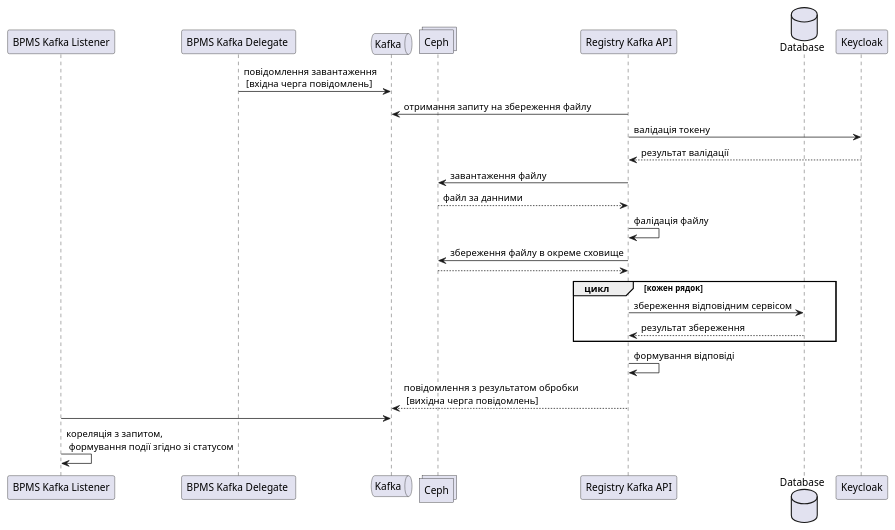
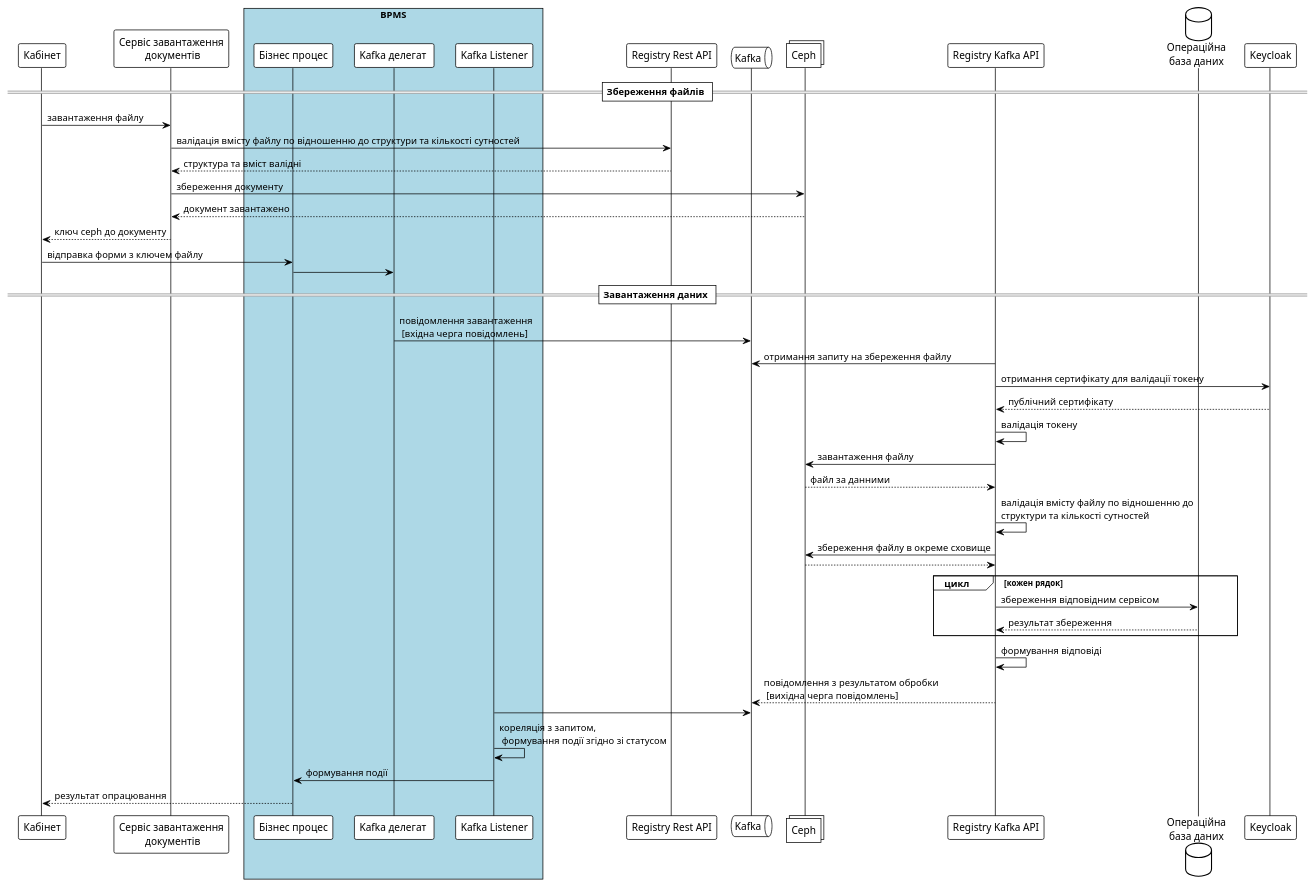
One commit to epam/edp-ddm-architecture changed the diagram in docs/ua/modules/arch/pages/architecture-workspace/platform-evolution/async/comunda-async.adoc. Above: the diagram before and after it, drawn with PlantUML. The commit also changed other lines of this file and 4 other files, not shown here.

```diff
--- a/docs/ua/modules/arch/pages/architecture-workspace/platform-evolution/async/comunda-async.adoc
+++ b/docs/ua/modules/arch/pages/architecture-workspace/platform-evolution/async/comunda-async.adoc
@@ -39,31 +41,49 @@
 [plantuml, req, svg]
 ----
-participant "BPMS Kafka Listener" as listener
-participant "BPMS Kafka Delegate " as delegate
+!theme plain
+participant "Кабінет" as portal
+participant "Сервіс завантаження\n документів" as dds
+box "BPMS" #LightBlue
+participant "Бізнес процес" as bpms
+participant "Kafka делегат " as delegate
+participant "Kafka Listener" as listener
+end box
+participant "Registry Rest API" as restApi
 queue "Kafka" as kafka
 collections "Ceph" as ceph
 participant "Registry Kafka API" as kafkaApi
-database "Database" as db
+database "Операційна\nбаза даних" as db
 participant "Keycloak" as keycloak
 
+== Збереження файлів ==
+portal -> dds: завантаження файлу
+dds -> restApi: валідація вмісту файлу по відношенню до структури та кількості сутностей
+return структура та вміст валідні
+dds -> ceph: збереження документу
+return документ завантажено
+dds --> portal: ключ ceph до документу
+portal -> bpms: відправка форми з ключем файлу
+bpms -> delegate:
+
+== Завантаження даних ==
 delegate -> kafka: повідомлення завантаження \n [вхідна черга повідомлень]
 kafkaApi -> kafka: отримання запиту на збереження файлу
-kafkaApi -> keycloak: валідація токену
-return результат валідації
+kafkaApi -> keycloak: отримання сертифікату для валідації токену
+return публічний сертифікату
+kafkaApi -> kafkaApi: валідація токену
 kafkaApi -> ceph: завантаження файлу
 return файл за данними
-kafkaApi -> kafkaApi: фалідація файлу
-
+kafkaApi -> kafkaApi: валідація вмісту файлу по відношенню до\nструктури та кількості сутностей
 kafkaApi -> ceph: збереження файлу в окреме сховище
 return
 group цикл [кожен рядок]
 kafkaApi -> db: збереження відповідним сервісом
 return результат збереження
 end
-
-
 kafkaApi -> kafkaApi: формування відповіді
 kafkaApi --> kafka: повідомлення з результатом обробки \n [вихідна черга повідомлень]
 listener -> kafka
 listener -> listener: кореляція з запитом,\n формування події згідно зі статусом
+listener -> bpms: формування події
+bpms --> portal: результат опрацювання
 ----
```
